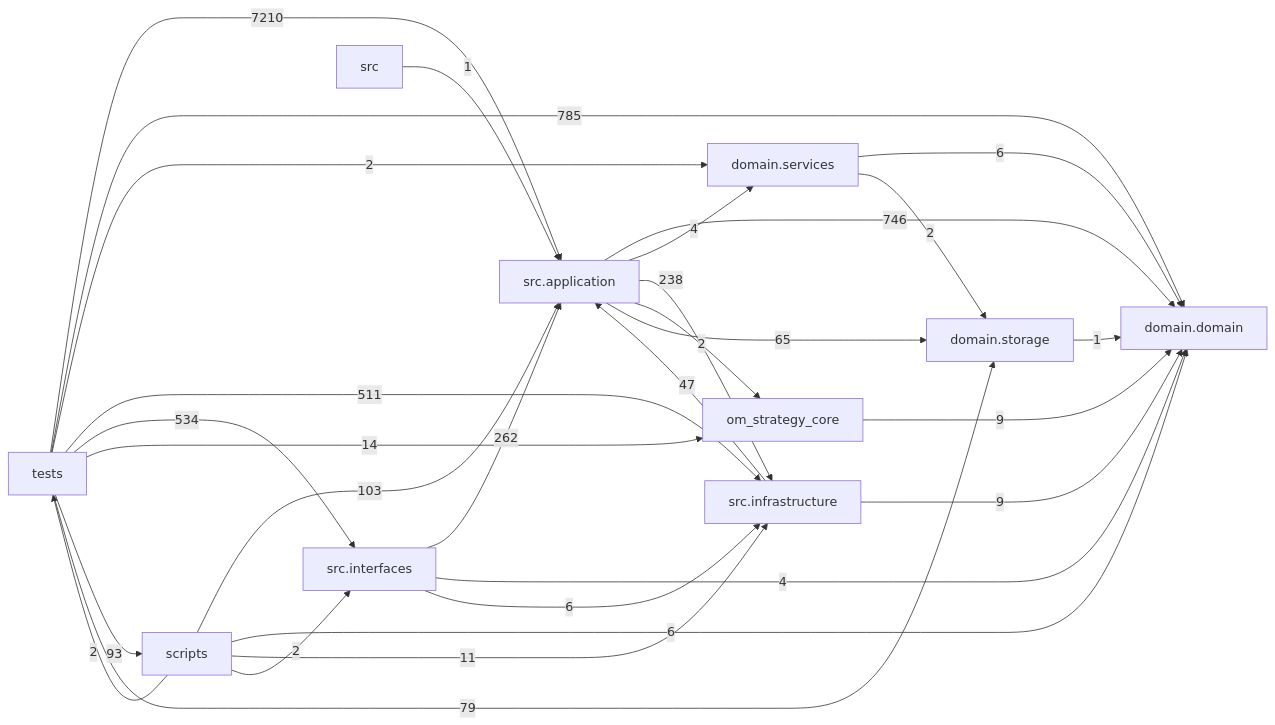
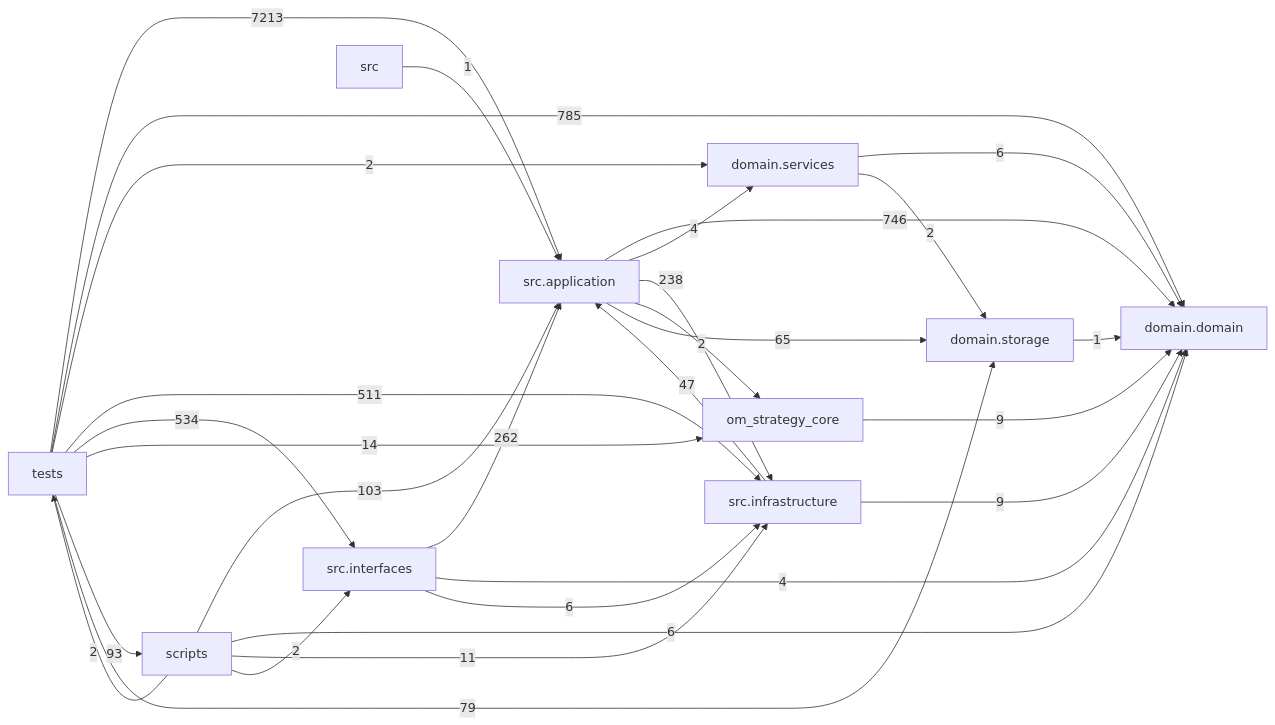
Before and after one commit to liuxie066/options-monitor: the diagram in docs/DEPENDENCY_GRAPH.md, drawn with Mermaid. The commit also changed other lines of this file and 6 other files, not shown here.

````diff
--- a/docs/DEPENDENCY_GRAPH.md
+++ b/docs/DEPENDENCY_GRAPH.md
@@ -24,39 +24,39 @@
 ```mermaid
 flowchart LR
   tests["tests"]
   scripts["scripts"]
   interfaces["src.interfaces"]
   application["src.application"]
   infrastructure["src.infrastructure"]
   domain_services["domain.services"]
   domain["domain.domain"]
   storage["domain.storage"]
   application -->|746| domain
   application -->|4| domain_services
   application -->|238| infrastructure
   application -->|2| om_strategy_core
   application -->|65| storage
   domain_services -->|6| domain
   domain_services -->|2| storage
   infrastructure -->|47| application
   infrastructure -->|9| domain
   interfaces -->|262| application
   interfaces -->|4| domain
   interfaces -->|6| infrastructure
   om_strategy_core -->|9| domain
   scripts -->|103| application
   scripts -->|6| domain
   scripts -->|11| infrastructure
   scripts -->|2| interfaces
   scripts -->|2| tests
   src -->|1| application
   storage -->|1| domain
-  tests -->|7210| application
+  tests -->|7213| application
   tests -->|785| domain
   tests -->|2| domain_services
   tests -->|511| infrastructure
   tests -->|534| interfaces
   tests -->|14| om_strategy_core
   tests -->|93| scripts
   tests -->|79| storage
 ```
````
